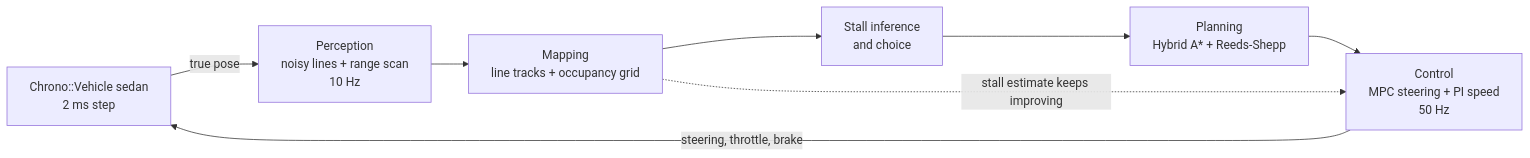
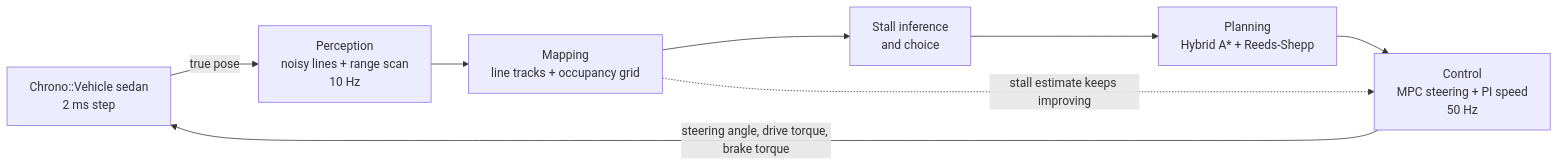
Before and after one commit to ksha23/chrono-parking: the diagram in README.md, drawn with Mermaid. The commit also changed other lines of this file and 18 other files, not shown here.

````diff
--- a/README.md
+++ b/README.md
@@ -53,10 +53,10 @@
 ```mermaid
 flowchart LR
     V["Chrono::Vehicle sedan<br/>2 ms step"] -->|true pose| P["Perception<br/>noisy lines + range scan<br/>10 Hz"]
     P --> M["Mapping<br/>line tracks + occupancy grid"]
     M --> D["Stall inference<br/>and choice"]
     D --> PL["Planning<br/>Hybrid A* + Reeds-Shepp"]
     PL --> C["Control<br/>MPC steering + PI speed<br/>50 Hz"]
-    C -->|steering, throttle, brake| V
+    C -->|"steering angle, drive torque, brake torque"| V
     M -. "stall estimate keeps improving" .-> C
 ```
````
